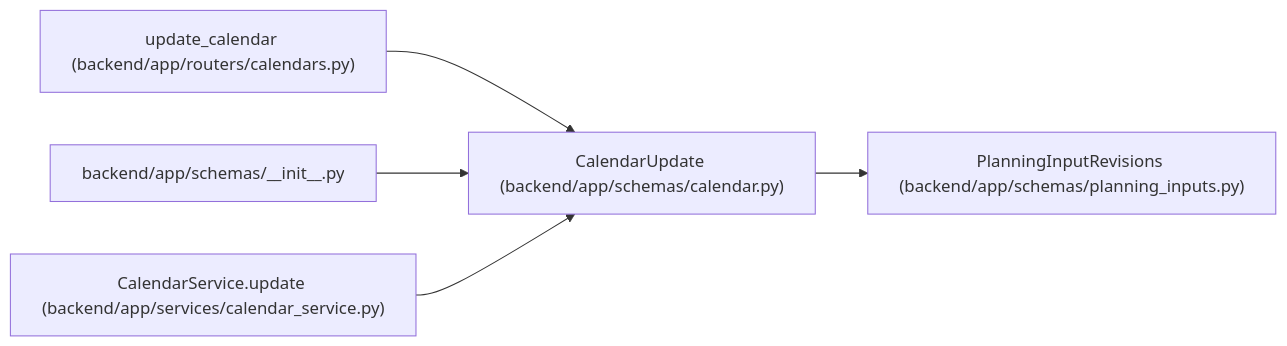
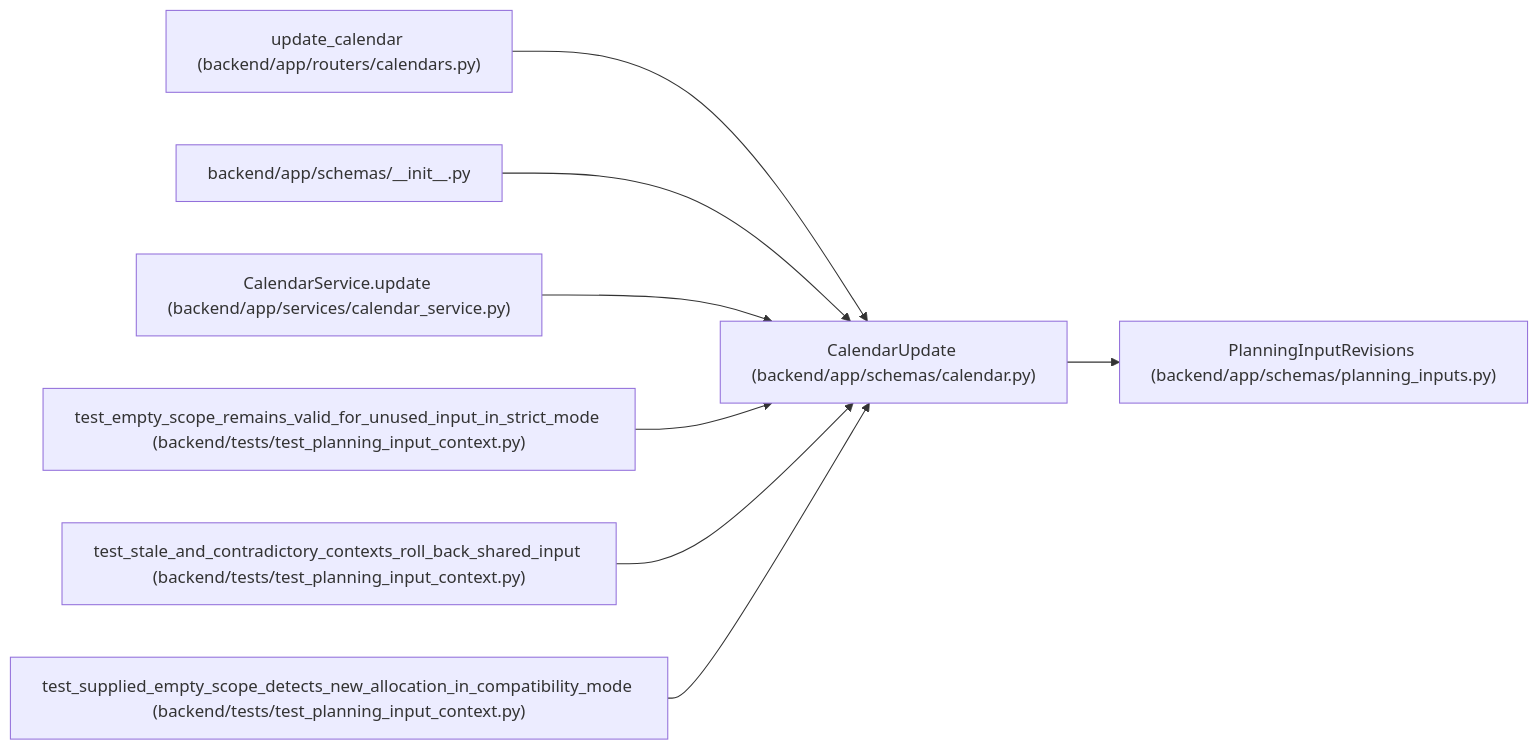
One commit to Denissvgn/WorkChord changed the diagram in docs/llm_wiki/entities/schemas_calendar_CalendarUpdate.md. Above: the diagram before and after it, drawn with Mermaid. The commit also changed other lines of this file and 10148 other files, not shown here.

````diff
--- a/docs/llm_wiki/entities/schemas_calendar_CalendarUpdate.md
+++ b/docs/llm_wiki/entities/schemas_calendar_CalendarUpdate.md
@@ -31,17 +31,26 @@
 ```mermaid
 flowchart LR
     n0["CalendarUpdate (backend/app/schemas/calendar.py)"]
     n1["PlanningInputRevisions (backend/app/schemas/planning_inputs.py)"]
     n2["update_calendar (backend/app/routers/calendars.py)"]
     n3["backend/app/schemas/__init__.py"]
     n4["CalendarService.update (backend/app/services/calendar_service.py)"]
+    n5["test_empty_scope_remains_valid_for_unused_input_in_strict_mode (backend/tests/test_planning_input_context.py)"]
+    n6["test_stale_and_contradictory_contexts_roll_back_shared_input (backend/tests/test_planning_input_context.py)"]
+    n7["test_supplied_empty_scope_detects_new_allocation_in_compatibility_mode (backend/tests/test_planning_input_context.py)"]
     n0 --> n1
     n2 --> n0
     n3 --> n0
     n4 --> n0
+    n5 --> n0
+    n6 --> n0
+    n7 --> n0
     click n0 "../modules/schemas_calendar.md"
     click n1 "../modules/planning_inputs.md"
     click n2 "../modules/calendars.md"
     click n3 "../modules/schemas___init__.md"
     click n4 "../modules/calendar_service.md"
+    click n5 "../modules/test_planning_input_context.md"
+    click n6 "../modules/test_planning_input_context.md"
+    click n7 "../modules/test_planning_input_context.md"
 ```
````
